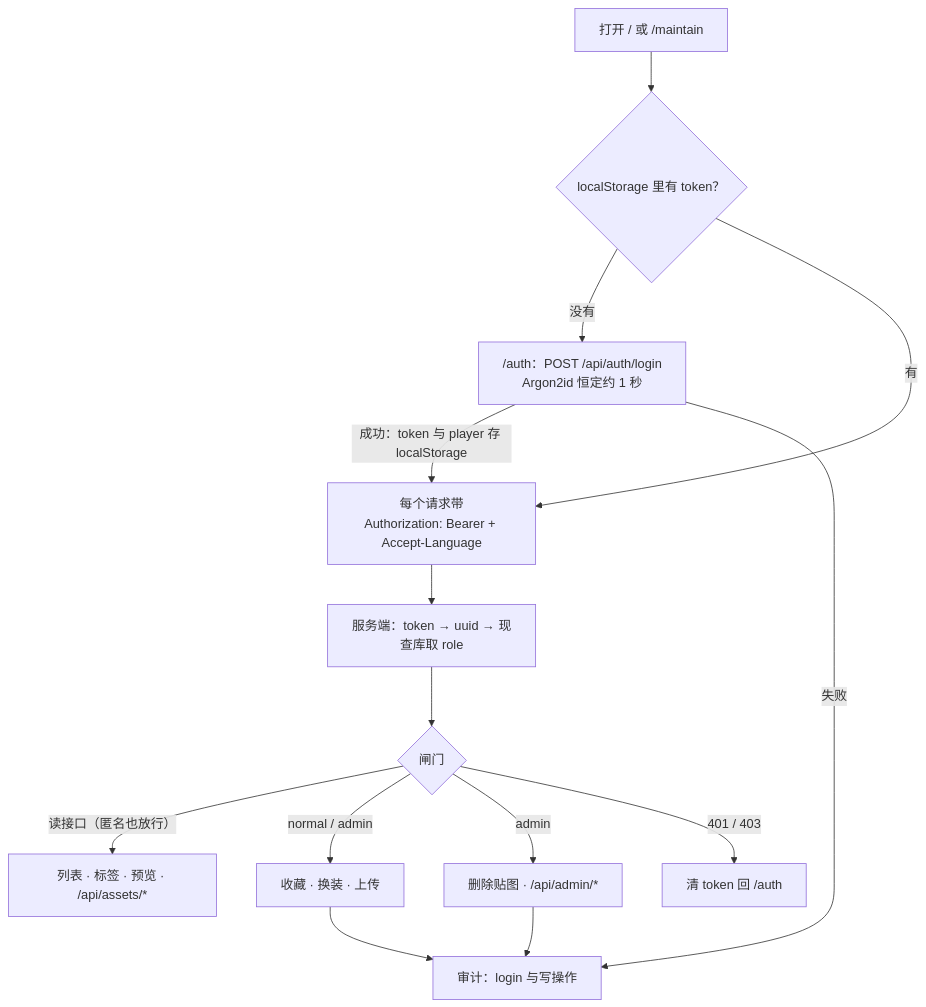
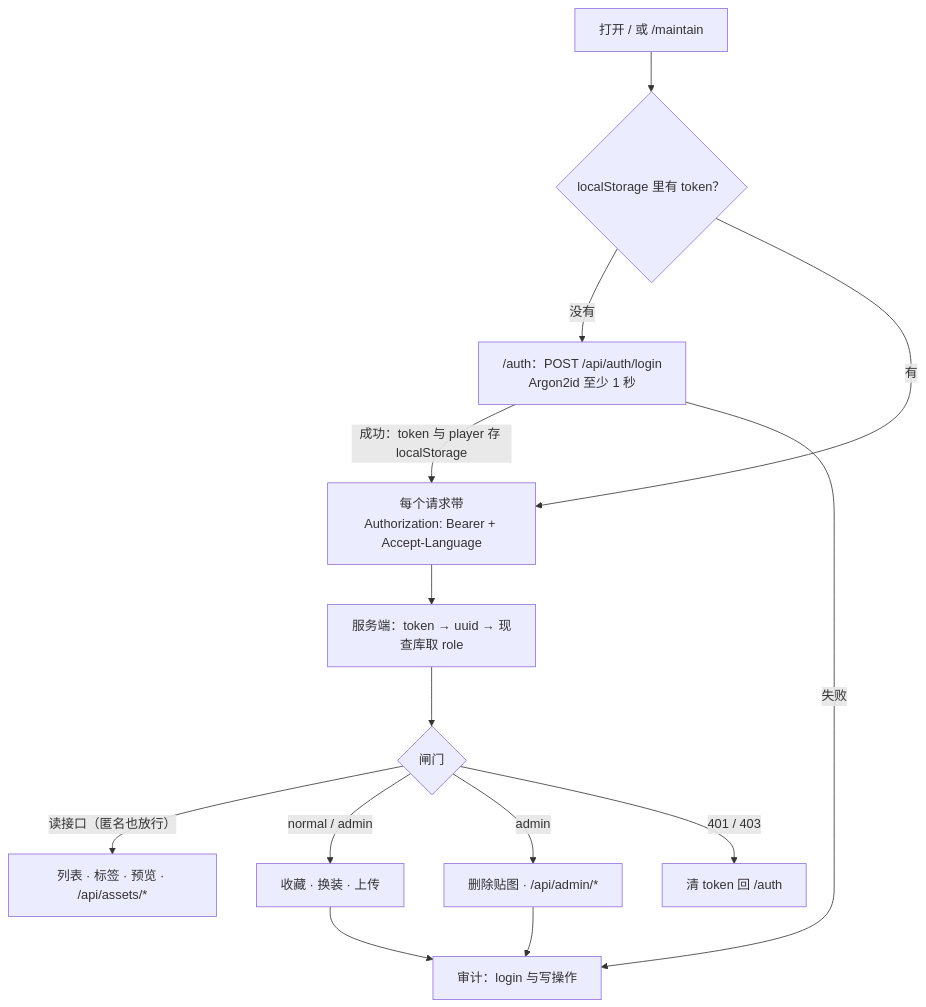
Before and after one commit to hm-service/scoped-skin: the fourth of 4 diagrams in DESIGN.md, drawn with Mermaid. The commit also changed other lines of this file and 18 other files, not shown here.

````diff
--- a/DESIGN.md
+++ b/DESIGN.md
@@ -441,16 +442,16 @@
 ```mermaid
 flowchart TD
   open["打开 / 或 /maintain"] --> has{"localStorage 里有 token？"}
-  has -->|没有| login["/auth：POST /api/auth/login<br/>Argon2id 恒定约 1 秒"]
+  has -->|没有| login["/auth：POST /api/auth/login<br/>Argon2id 至少 1 秒"]
   has -->|有| req["每个请求带<br/>Authorization: Bearer + Accept-Language"]
   login -->|"成功：token 与 player 存 localStorage"| req
   login -->|失败| audit["审计：login 与写操作"]
   req --> who["服务端：token → uuid → 现查库取 role"]
   who --> gate{"闸门"}
   gate -->|"读接口（匿名也放行）"| read["列表 · 标签 · 预览 · /api/assets/*"]
   gate -->|"normal / admin"| write["收藏 · 换装 · 上传"]
   gate -->|admin| manage["删除贴图 · /api/admin/*"]
   gate -->|"401 / 403"| back["清 token 回 /auth"]
   write --> audit
   manage --> audit
 ```
````
